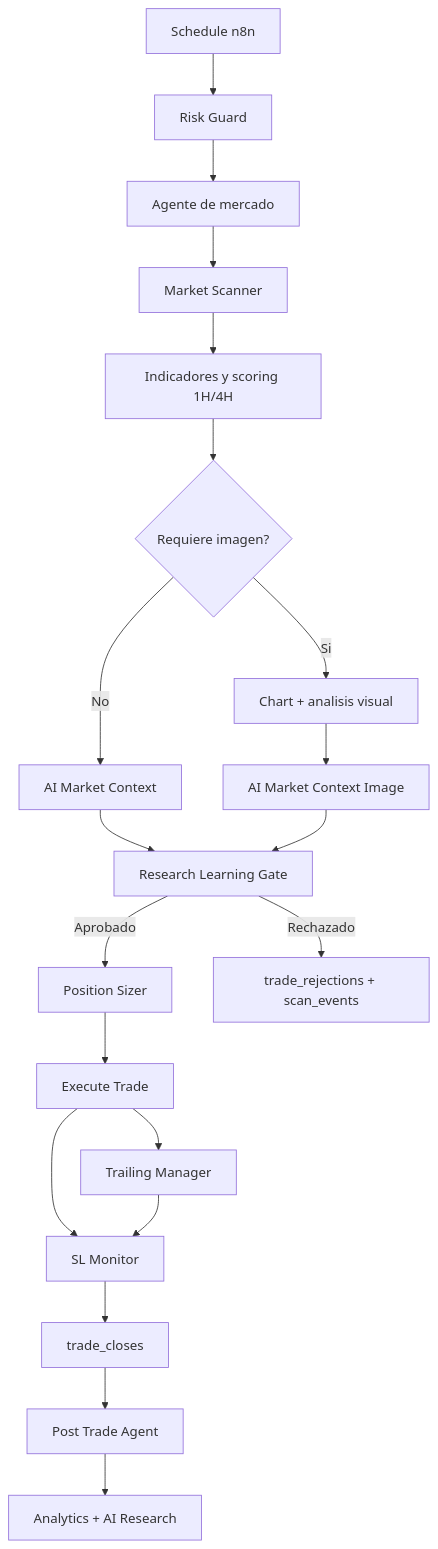
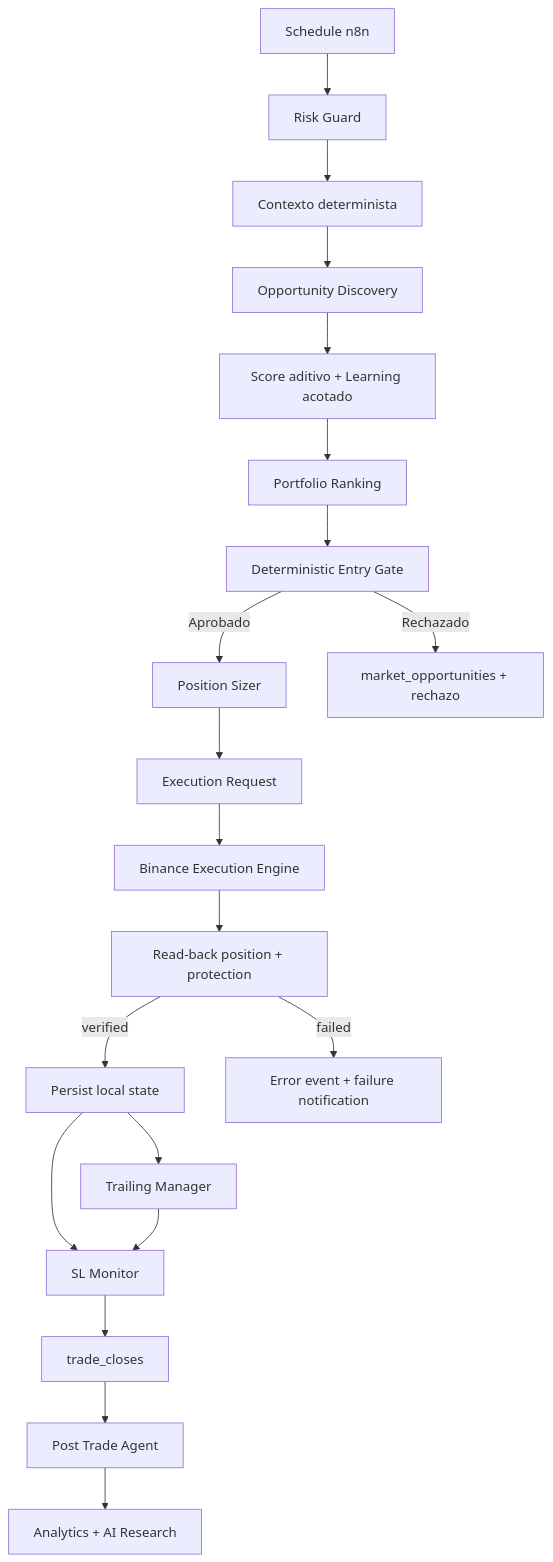
Before and after one commit to dycr1603-source/aterum_gui: the second of 2 diagrams in bot-control/architecture/README.md, drawn with Mermaid. The commit also changed other lines of this file and 20 other files, not shown here.

````diff
--- a/bot-control/architecture/README.md
+++ b/bot-control/architecture/README.md
@@ -38,22 +38,22 @@
 ```mermaid
 flowchart TD
   S[Schedule n8n] --> RG[Risk Guard]
-  RG --> MC[Agente de mercado]
-  MC --> SCAN[Market Scanner]
-  SCAN --> SCORE[Indicadores y scoring 1H/4H]
-  SCORE --> VIS{Requiere imagen?}
-  VIS -->|Si| IMG[Chart + analisis visual]
-  VIS -->|No| AI[AI Market Context]
-  IMG --> AII[AI Market Context Image]
-  AI --> LEARN[Research Learning Gate]
-  AII --> LEARN
+  RG --> MC[Contexto determinista]
+  MC --> SCAN[Opportunity Discovery]
+  SCAN --> SCORE[Score aditivo + Learning acotado]
+  SCORE --> RANK[Portfolio Ranking]
+  RANK --> LEARN[Deterministic Entry Gate]
   LEARN -->|Aprobado| SIZE[Position Sizer]
-  LEARN -->|Rechazado| TELEMETRY[trade_rejections + scan_events]
-  SIZE --> ORDER[Execute Trade]
+  LEARN -->|Rechazado| TELEMETRY[market_opportunities + rechazo]
+  SIZE --> REQUEST[Execution Request]
+  REQUEST --> ENGINE[Binance Execution Engine]
+  ENGINE --> VERIFY[Read-back position + protection]
+  VERIFY -->|verified| ORDER[Persist local state]
+  VERIFY -->|failed| FAILURE[Error event + failure notification]
   ORDER --> SL[SL Monitor]
   ORDER --> TRAIL[Trailing Manager]
   SL --> CLOSE[trade_closes]
   TRAIL --> SL
   CLOSE --> POST[Post Trade Agent]
   POST --> RESEARCH[Analytics + AI Research]
 ```
````
